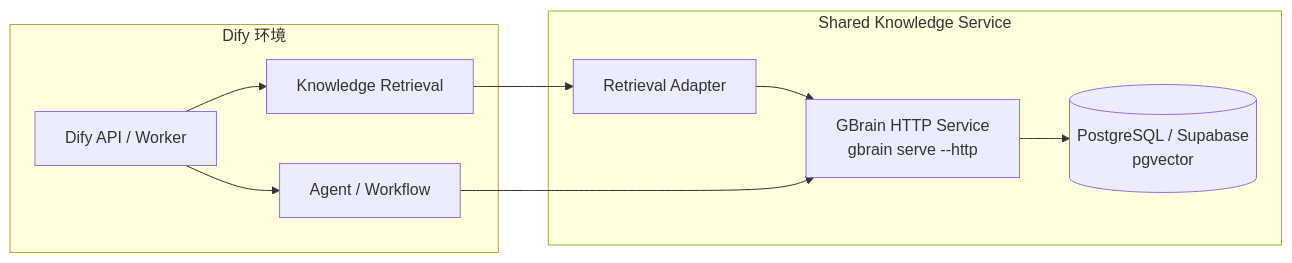
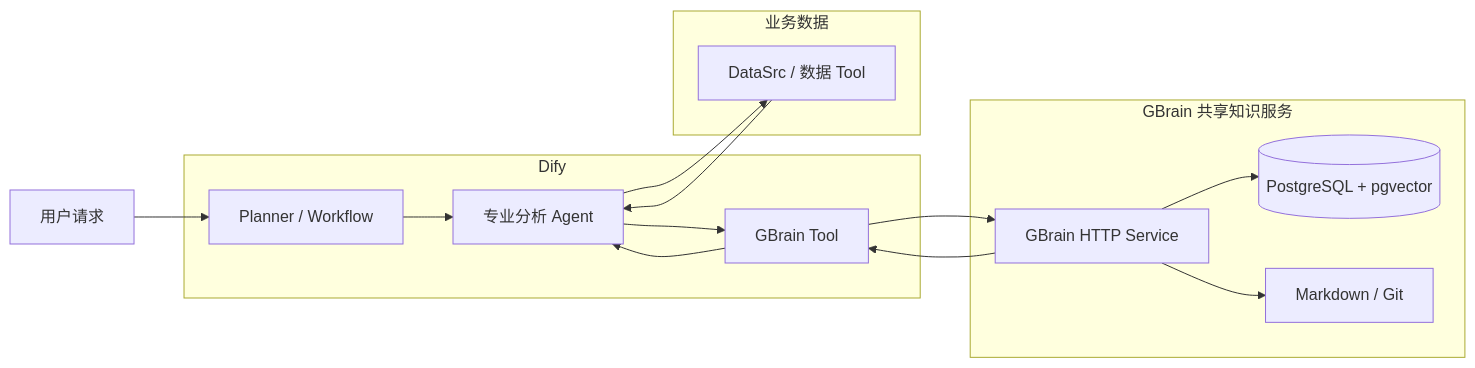
One commit to sgfd-ui/internship changed the second of 3 diagrams in weekly-report/gbrain-dify-shared-knowledge.md. Above: the diagram before and after it, drawn with Mermaid. The commit also changed other lines of this file, not shown here.

Commit message:
rewrite GBrain Dify shared knowledge plan from research results

````diff
--- a/weekly-report/gbrain-dify-shared-knowledge.md
+++ b/weekly-report/gbrain-dify-shared-knowledge.md
@@ -399,21 +92,28 @@
 ```mermaid
 flowchart LR
-    subgraph D[Dify 环境]
-        A[Dify API / Worker]
-        K[Knowledge Retrieval]
-        W[Agent / Workflow]
+    U[用户请求]
+
+    subgraph D[Dify]
+        P[Planner / Workflow]
+        A[专业分析 Agent]
+        GT[GBrain Tool]
     end
 
-    subgraph S[Shared Knowledge Service]
-        AD[Retrieval Adapter]
-        GB[GBrain HTTP Service<br/>gbrain serve --http]
-        DB[(PostgreSQL / Supabase<br/>pgvector)]
+    subgraph B[业务数据]
+        DS[DataSrc / 数据 Tool]
     end
 
-    A --> K
-    A --> W
-    K --> AD
-    AD --> GB
-    W --> GB
-    GB --> DB
+    subgraph G[GBrain 共享知识服务]
+        API[GBrain HTTP Service]
+        DB[(PostgreSQL + pgvector)]
+        MD[Markdown / Git]
+    end
+
+    U --> P --> A
+    A --> DS
+    A --> GT --> API
+    API --> DB
+    API --> MD
+    DS --> A
+    API --> GT --> A
 ```
````
